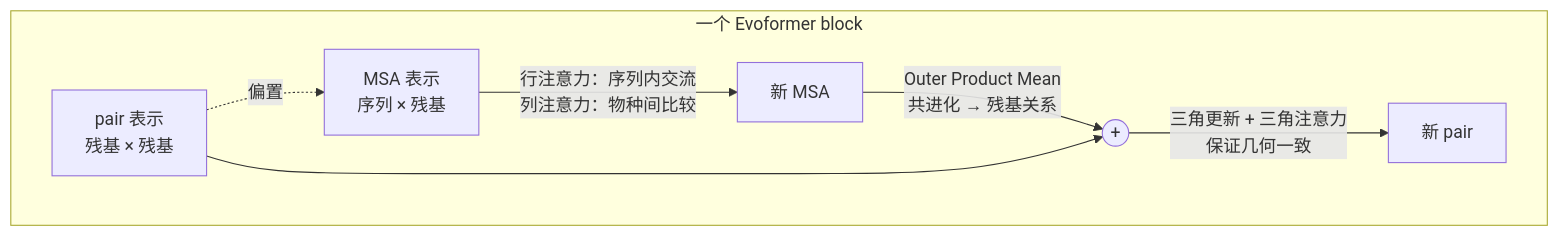
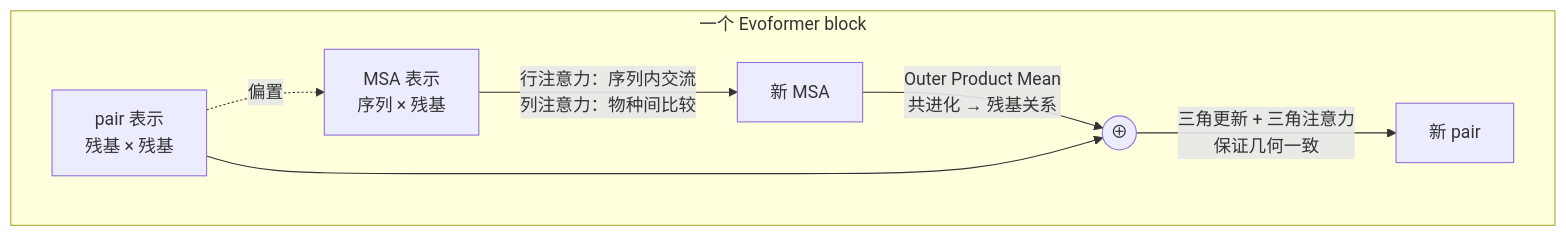
One commit to xiaohuzai/xiaohuzai.github.io changed the second of 7 diagrams in content/notes/AI4S/AlphaFold/AlphaFold-Decode/Evoformer.md. Above: the diagram before and after it, drawn with Mermaid. The commit also changed other lines of this file and 1 other file, not shown here.

Commit message:
fix: mermaid 节点裸 + 渲染成 Unsupported markdown: list → 改用 ⊕
圆形节点 ((+)) 里的裸加号被 mermaid 的 markdown 管线当列表语法，
站点上渲染成错误节点；§3.7 与 §8.2.1.4 两处改为 ((⊕))，与正文
「在 ⊕ 处加到 pair 表示上」的记号一致。AGENTS.md 补充该规则。

````diff
--- a/content/notes/AI4S/AlphaFold/AlphaFold-Decode/Evoformer.md
+++ b/content/notes/AI4S/AlphaFold/AlphaFold-Decode/Evoformer.md
@@ -155,12 +155,12 @@
 ```mermaid
 flowchart TB
     subgraph block["一个 Evoformer block"]
         direction LR
         M1["MSA 表示<br/>序列 × 残基"] -->|"行注意力：序列内交流<br/>列注意力：物种间比较"| M2[新 MSA]
         Z1["pair 表示<br/>残基 × 残基"] -.->|偏置| M1
-        M2 -->|"Outer Product Mean<br/>共进化 → 残基关系"| Z2((+))
+        M2 -->|"Outer Product Mean<br/>共进化 → 残基关系"| Z2((⊕))
         Z1 --> Z2
         Z2 -->|"三角更新 + 三角注意力<br/>保证几何一致"| Z3[新 pair]
     end
 
 ```
````
